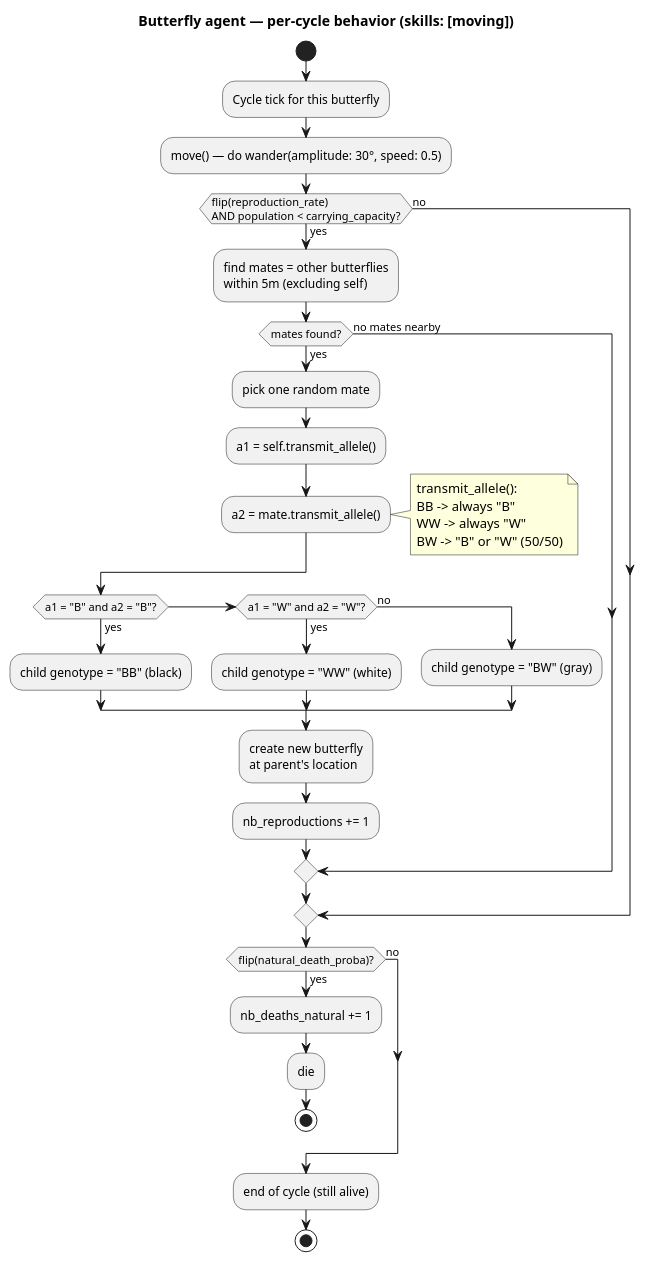
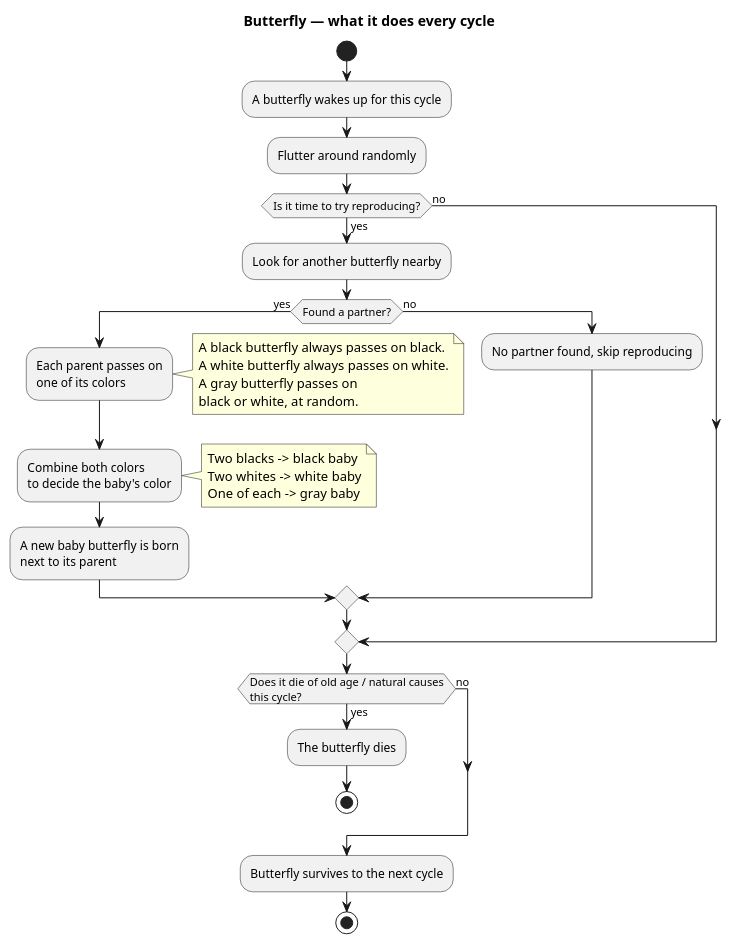
The diagram in diagrams/activity_butterfly.puml (oudommeng/SSO-GAMA-Butterfly-Coloration-Evolution), drawn with PlantUML before and after one commit. The commit also changed 3 other files, not shown here.

Commit message:
docs: simplify PlantUML diagram text and descriptions for better readability

```diff
--- a/diagrams/activity_butterfly.puml
+++ b/diagrams/activity_butterfly.puml
@@ -1,48 +1,41 @@
 @startuml Project01_Activity_Butterfly
-title Butterfly agent — per-cycle behavior (skills: [moving])
+title Butterfly — what it does every cycle
 
 start
-:Cycle tick for this butterfly;
+:A butterfly wakes up for this cycle;
 
-' --- reflex move() ---
-:move() — do wander(amplitude: 30°, speed: 0.5);
+:Flutter around randomly;
 
-' --- reflex reproduce() ---
-if (flip(reproduction_rate)\nAND population < carrying_capacity?) then (yes)
-  :find mates = other butterflies\nwithin 5m (excluding self);
-  if (mates found?) then (yes)
-    :pick one random mate;
-    :a1 = self.transmit_allele();
-    :a2 = mate.transmit_allele();
+if (Is it time to try reproducing?) then (yes)
+  :Look for another butterfly nearby;
+  if (Found a partner?) then (yes)
+    :Each parent passes on\none of its colors;
     note right
-      transmit_allele():
-      BB -> always "B"
-      WW -> always "W"
-      BW -> "B" or "W" (50/50)
+      A black butterfly always passes on black.
+      A white butterfly always passes on white.
+      A gray butterfly passes on
+      black or white, at random.
     end note
-    if (a1 = "B" and a2 = "B"?) then (yes)
-      :child genotype = "BB" (black);
-    elseif (a1 = "W" and a2 = "W"?) then (yes)
-      :child genotype = "WW" (white);
-    else (no)
-      :child genotype = "BW" (gray);
-    endif
-    :create new butterfly\nat parent's location;
-    :nb_reproductions += 1;
-  else (no mates nearby)
+    :Combine both colors\nto decide the baby's color;
+    note right
+      Two blacks -> black baby
+      Two whites -> white baby
+      One of each -> gray baby
+    end note
+    :A new baby butterfly is born\nnext to its parent;
+  else (no)
+    :No partner found, skip reproducing;
   endif
 else (no)
 endif
 
-' --- reflex die_natural() ---
-if (flip(natural_death_proba)?) then (yes)
-  :nb_deaths_natural += 1;
-  :die;
+if (Does it die of old age / natural causes\nthis cycle?) then (yes)
+  :The butterfly dies;
   stop
 else (no)
 endif
 
-:end of cycle (still alive);
+:Butterfly survives to the next cycle;
 stop
 
 @enduml
```
